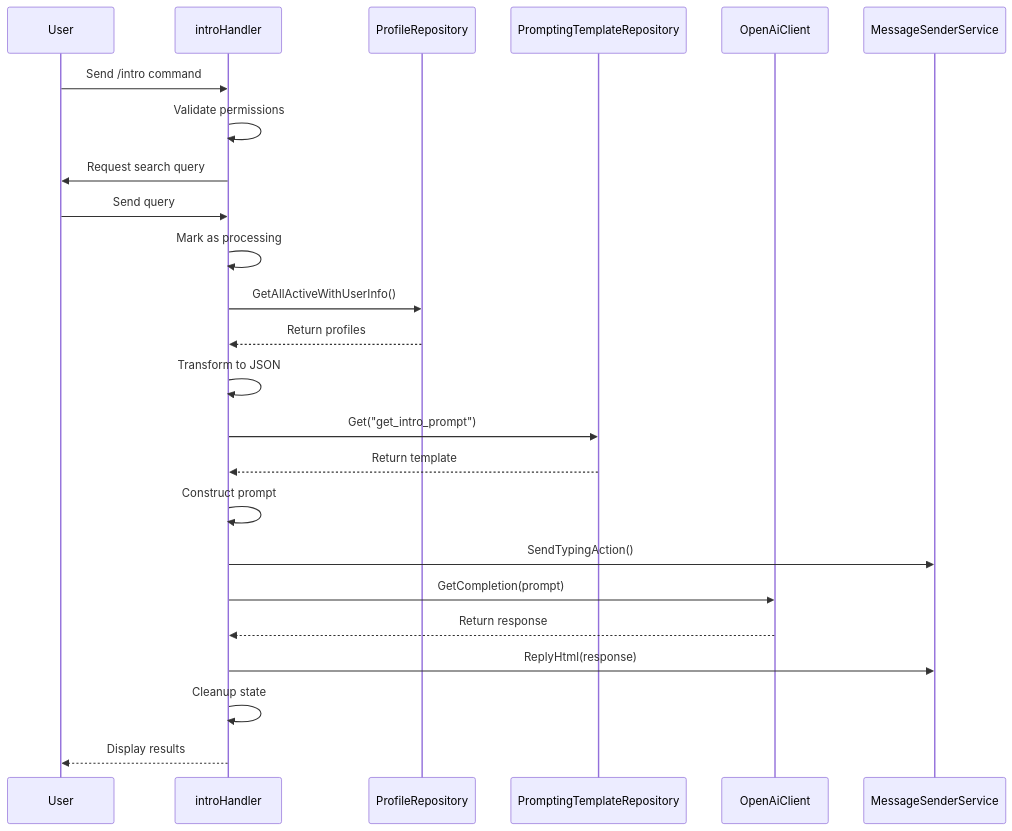
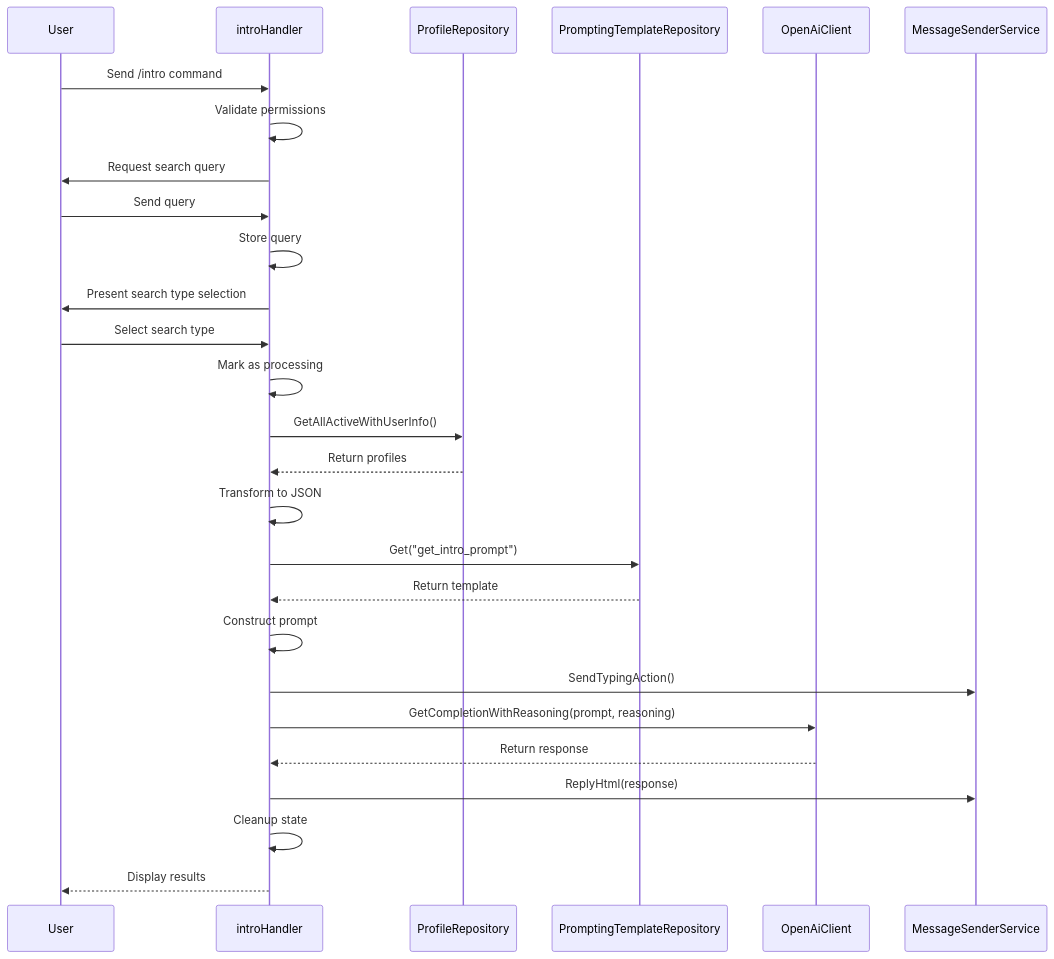
Before and after one commit to it-beard/evo-bot-go: the fourth of 7 diagrams in .qoder/repowiki/en/content/AI-Powered Search/Member Introduction Search.md, drawn with Mermaid. The commit also changed other lines of this file and 14 other files, not shown here.

First line of the commit message:
feat(search): add search type selection with fast and deep options to all search handlers

````diff
--- a/.qoder/repowiki/en/content/AI-Powered Search/Member Introduction Search.md
+++ b/.qoder/repowiki/en/content/AI-Powered Search/Member Introduction Search.md
@@ -166,26 +176,29 @@
 ```mermaid
 sequenceDiagram
 participant User
 participant introHandler
 participant ProfileRepository
 participant PromptingTemplateRepository
 participant OpenAiClient
 participant MessageSenderService
 User->>introHandler : Send /intro command
 introHandler->>introHandler : Validate permissions
 introHandler->>User : Request search query
 User->>introHandler : Send query
+introHandler->>introHandler : Store query
+introHandler->>User : Present search type selection
+User->>introHandler : Select search type
 introHandler->>introHandler : Mark as processing
 introHandler->>ProfileRepository : GetAllActiveWithUserInfo()
 ProfileRepository-->>introHandler : Return profiles
 introHandler->>introHandler : Transform to JSON
 introHandler->>PromptingTemplateRepository : Get("get_intro_prompt")
 PromptingTemplateRepository-->>introHandler : Return template
 introHandler->>introHandler : Construct prompt
 introHandler->>MessageSenderService : SendTypingAction()
-introHandler->>OpenAiClient : GetCompletion(prompt)
+introHandler->>OpenAiClient : GetCompletionWithReasoning(prompt, reasoning)
 OpenAiClient-->>introHandler : Return response
 introHandler->>MessageSenderService : ReplyHtml(response)
 introHandler->>introHandler : Cleanup state
 introHandler-->>User : Display results
 ```
````
